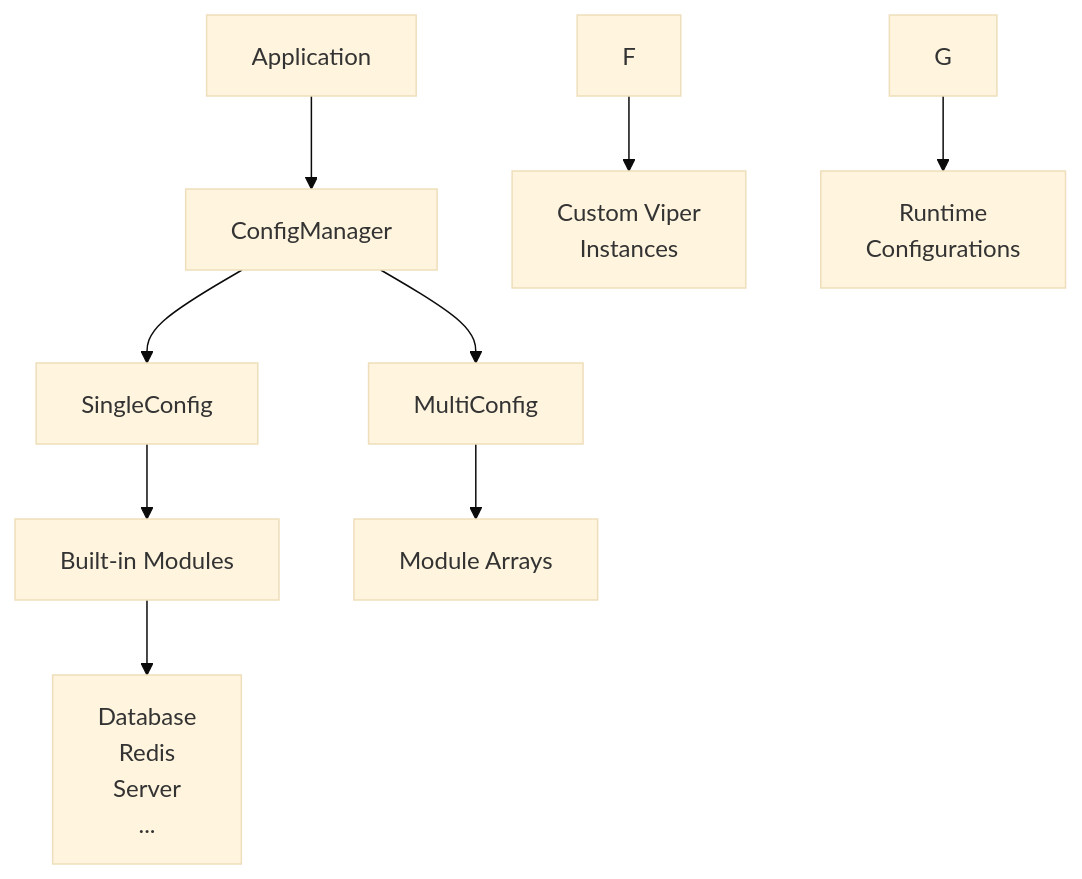
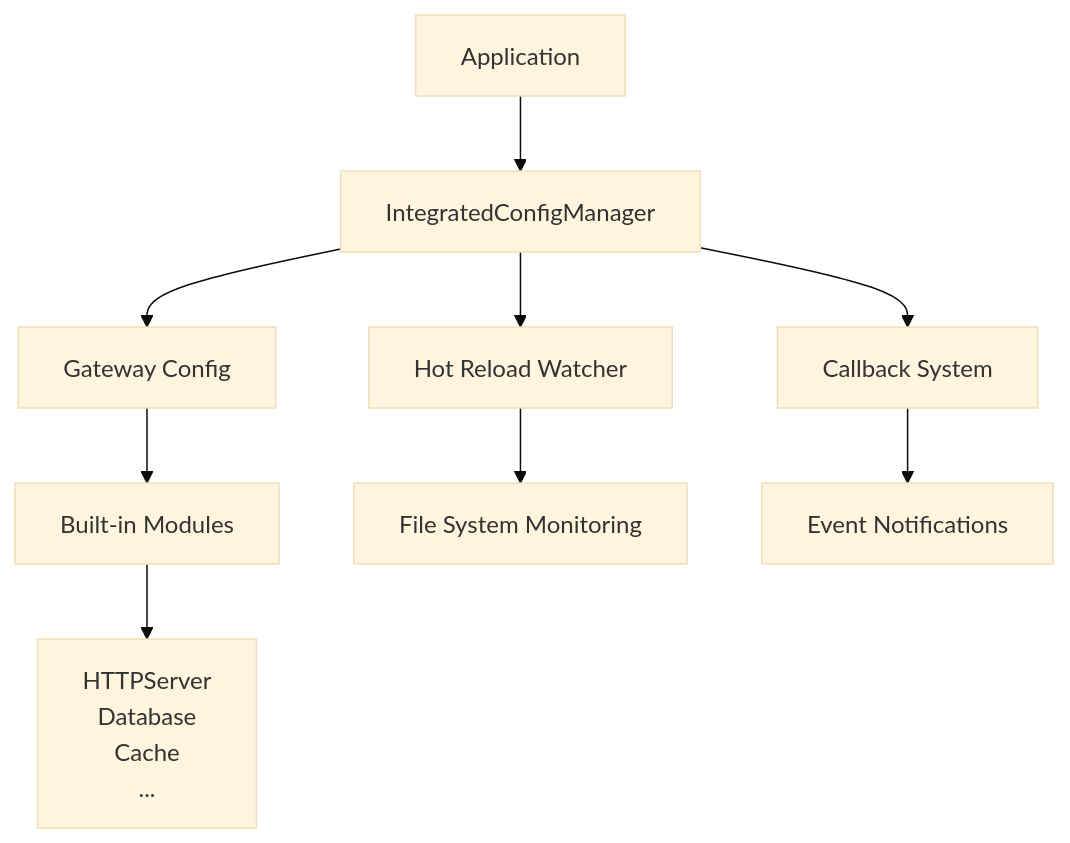
The diagram in README.md (kamalyes/go-config), drawn with Mermaid (base theme) before and after one commit. The commit also changed other lines of this file and 74 other files, not shown here.

````diff
--- a/README.md
+++ b/README.md
@@ -32,14 +34,13 @@
 ```mermaid
 graph TB
-    A[Application] --> B[ConfigManager]
-    B --> C[SingleConfig]
-    B --> D[MultiConfig]
+    A[Application] --> B[IntegratedConfigManager]
+    B --> C[Gateway Config]
+    B --> D[Hot Reload Watcher]
+    B --> E[Callback System]
     
-    C --> E[Built-in Modules]
+    C --> F[Built-in Modules]
+    D --> G[File System Monitoring]
+    E --> H[Event Notifications]
     
-    D --> H[Module Arrays]
-    
-    E --> K[Database<br/>Redis<br/>Server<br/>...]
-    F --> L[Custom Viper<br/>Instances]
-    G --> M[Runtime<br/>Configurations]
+    F --> I[HTTPServer<br/>Database<br/>Cache<br/>...]
 ```
````
